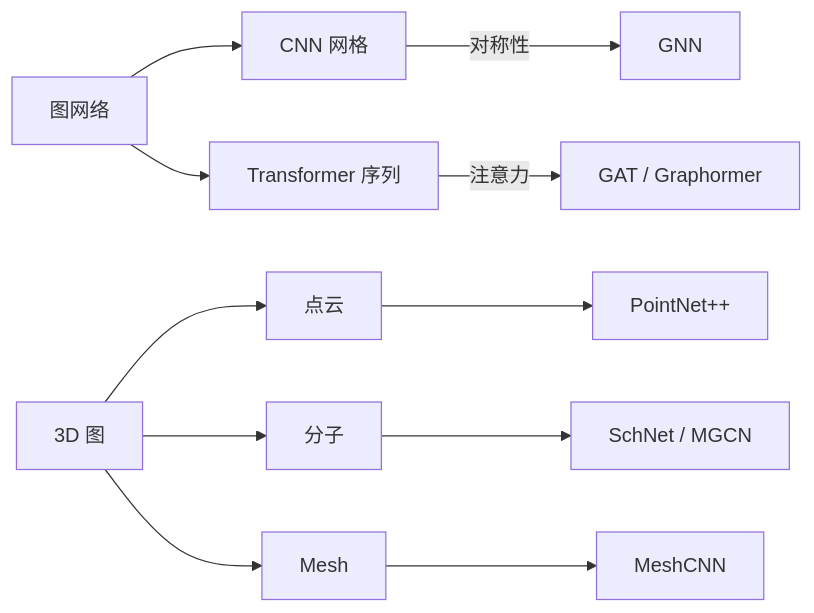
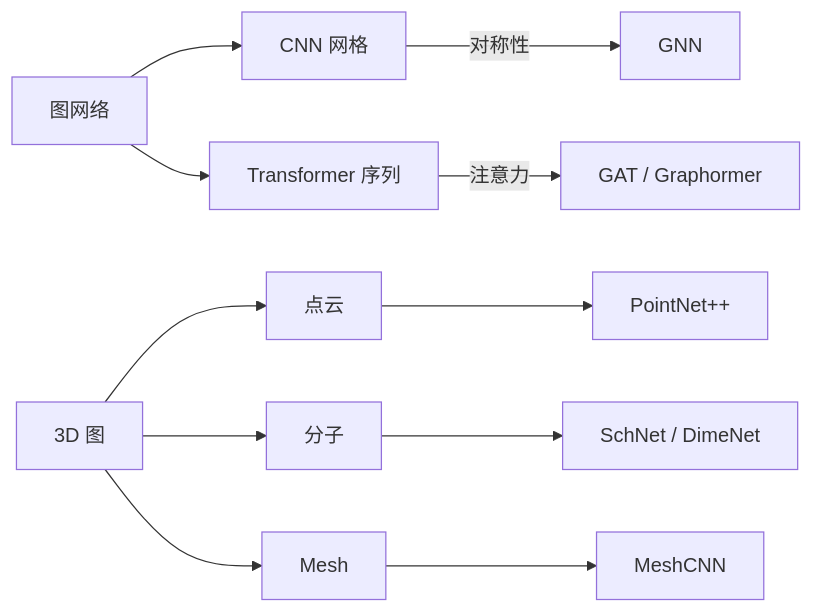
One commit to godlockin/maths-cs-ai-compendium changed the first of 5 diagrams in zh/教辅/思维导图/第12章.md. Above: the diagram before and after it, drawn with Mermaid. The commit also changed other lines of this file and 9 other files, not shown here.

````diff
--- a/zh/教辅/思维导图/第12章.md
+++ b/zh/教辅/思维导图/第12章.md
@@ -40,15 +40,15 @@
 ```mermaid
 graph LR
     A[图网络] --> B[CNN 网格]
     A --> C[Transformer 序列]
     B -->|对称性| D[GNN]
     C -->|注意力| E[GAT / Graphormer]
 
     F[3D 图] --> G[点云]
     F --> H[分子]
     F --> I[Mesh]
 
     G --> G1[PointNet++]
-    H --> H1[SchNet / MGCN]
+    H --> H1[SchNet / DimeNet]
     I --> I1[MeshCNN]
 ```
````
